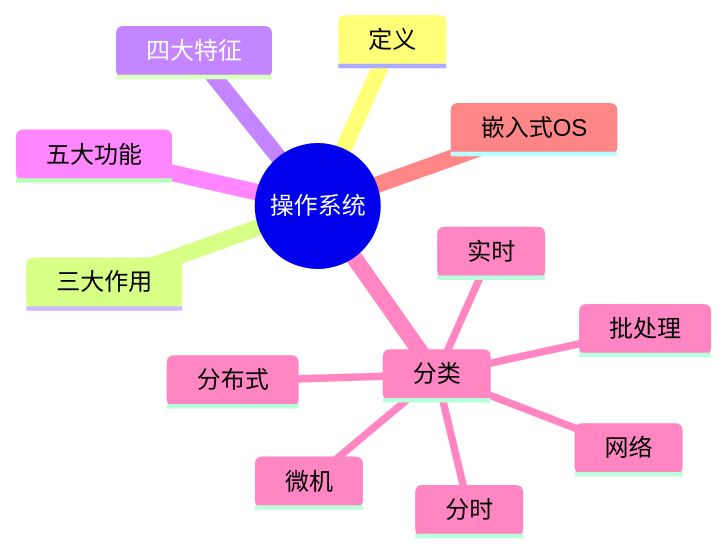
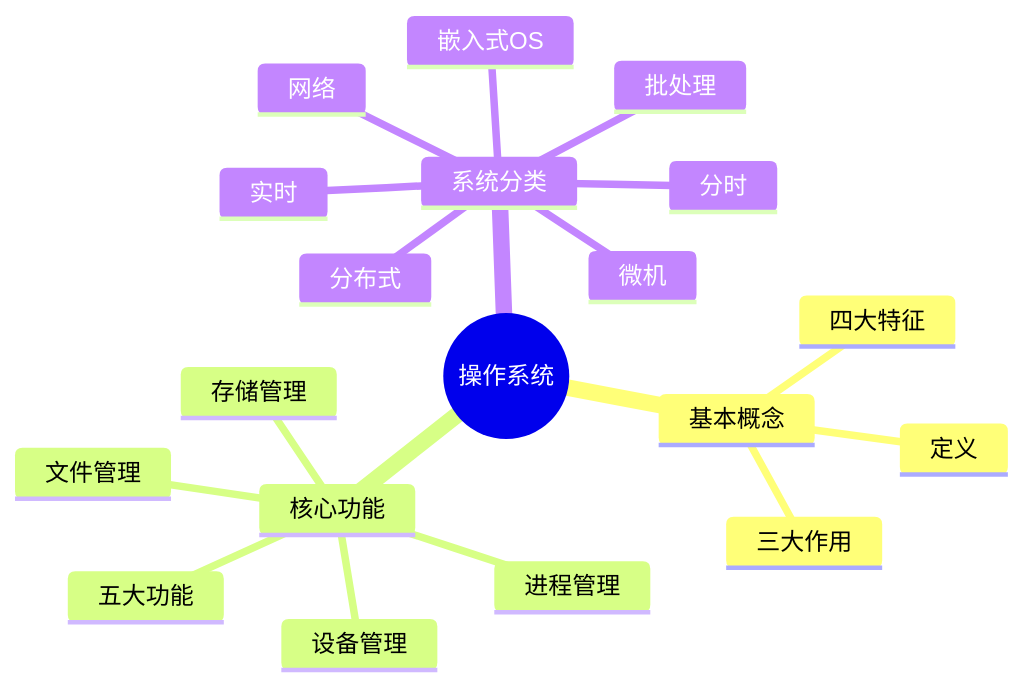
The diagram in docs/ruankao/system-architect/chapters/chapter-02/02-os-overview.md (skylonely/sgao-website), drawn with Mermaid before and after one commit. The commit also changed other lines of this file and 39 other files, not shown here.

Commit message:
fix: Mermaid 思维导图

````diff
--- a/docs/ruankao/system-architect/chapters/chapter-02/02-os-overview.md
+++ b/docs/ruankao/system-architect/chapters/chapter-02/02-os-overview.md
@@ -37,16 +37,22 @@
 ```mermaid
 mindmap
   root((操作系统))
-    定义
-    三大作用
-    四大特征
-    五大功能
-    分类
+    基本概念
+      定义
+      三大作用
+      四大特征
+    核心功能
+      五大功能
+      进程管理
+      存储管理
+      设备管理
+      文件管理
+    系统分类
       批处理
       分时
       实时
       网络
       分布式
       微机
-    嵌入式OS
+      嵌入式OS
 ```
````
